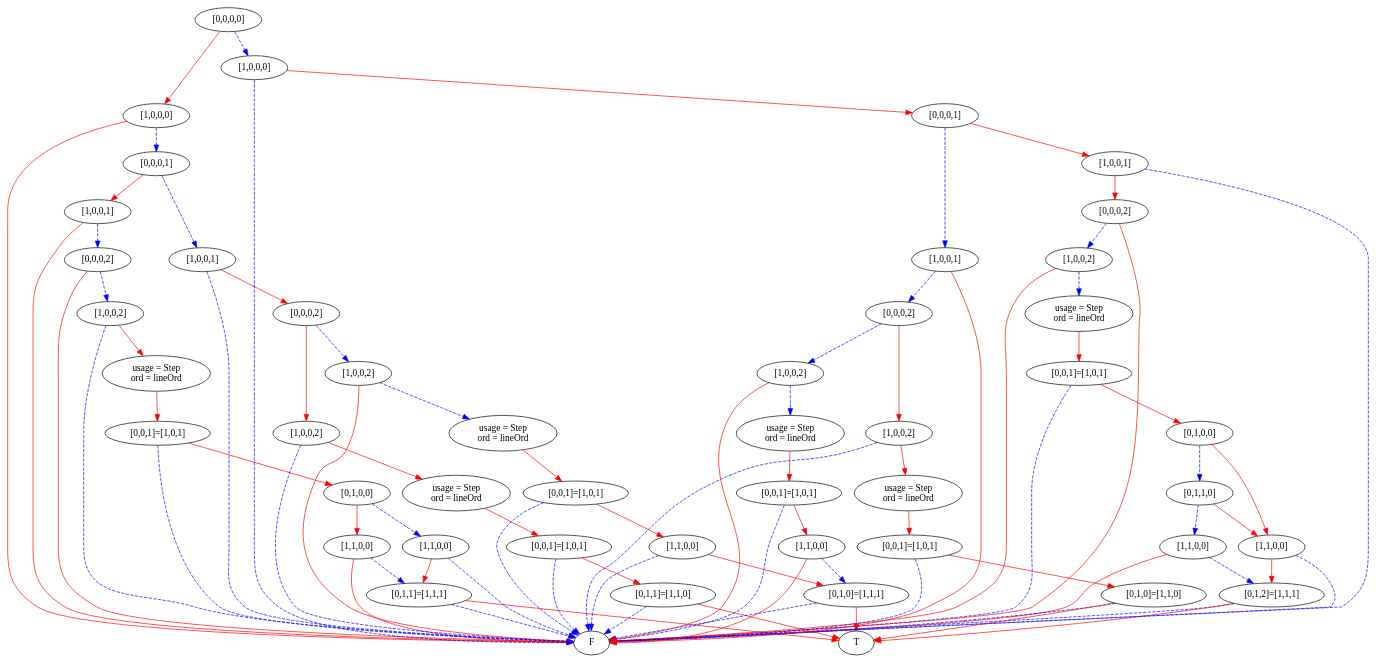
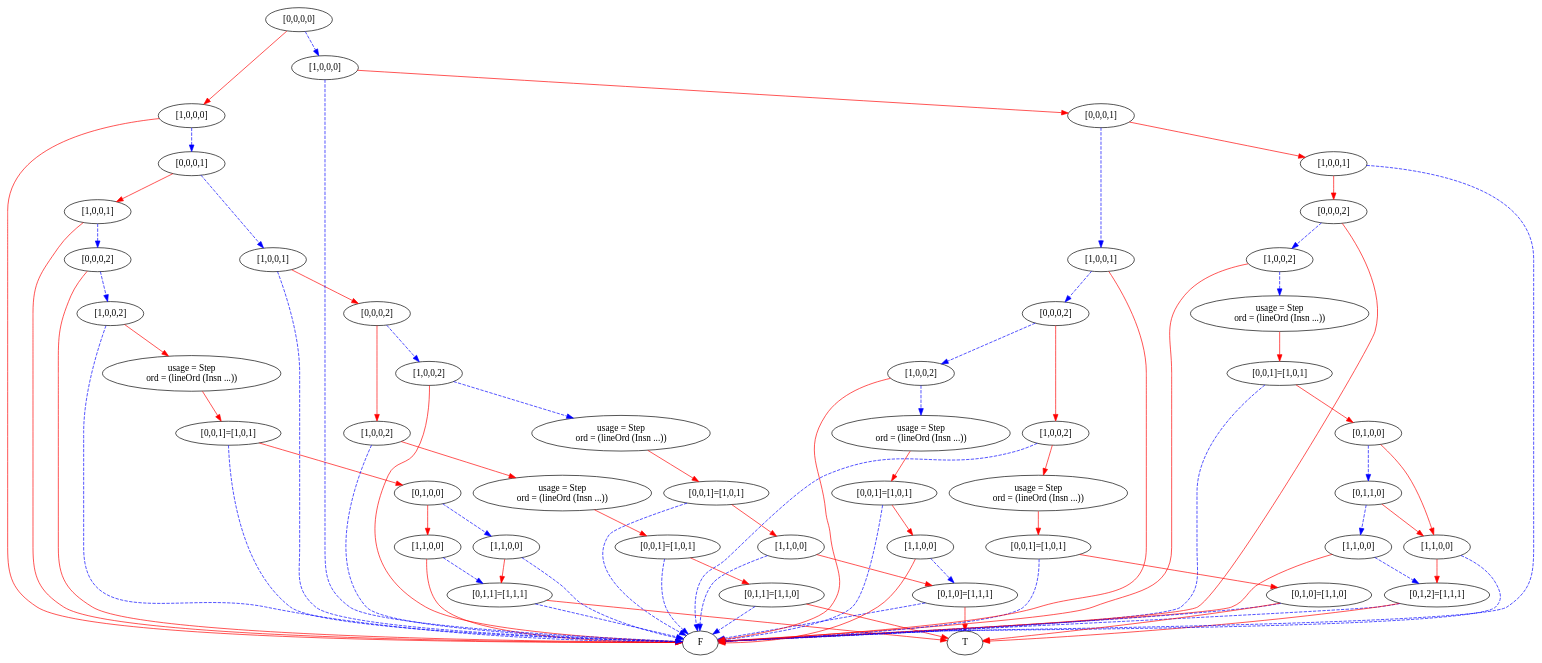
The diagram in simpleProgram1.dot (mburyakov/minxmod), drawn with Graphviz before and after one commit. The commit also changed 11 other files, not shown here.

```diff
--- a/simpleProgram1.dot
+++ b/simpleProgram1.dot
@@ -1,172 +1,172 @@
 digraph {
     1 [label=F];
     2 [label=T];
     3 [label="[0,1,1]=[1,1,1]"];
     4 [label="[1,1,0,0]"];
     5 [label="[1,1,0,0]"];
     6 [label="[0,1,0,0]"];
     7 [label="[0,0,1]=[1,0,1]"];
-    8 [label="usage = Step\nord = lineOrd"];
+    8 [label="usage = Step\nord = (lineOrd (Insn ...))"];
     9 [label="[1,0,0,2]"];
     10 [label="[0,0,0,2]"];
     11 [label="[1,0,0,1]"];
     12 [label="[0,1,1]=[1,1,0]"];
     13 [label="[0,0,1]=[1,0,1]"];
-    14 [label="usage = Step\nord = lineOrd"];
+    14 [label="usage = Step\nord = (lineOrd (Insn ...))"];
     15 [label="[1,0,0,2]"];
     16 [label="[0,1,0]=[1,1,1]"];
     17 [label="[1,1,0,0]"];
     18 [label="[0,0,1]=[1,0,1]"];
-    19 [label="usage = Step\nord = lineOrd"];
+    19 [label="usage = Step\nord = (lineOrd (Insn ...))"];
     20 [label="[1,0,0,2]"];
     21 [label="[0,0,0,2]"];
     22 [label="[1,0,0,1]"];
     23 [label="[0,0,0,1]"];
     24 [label="[1,0,0,0]"];
     25 [label="[0,1,2]=[1,1,1]"];
     26 [label="[1,1,0,0]"];
     27 [label="[1,1,0,0]"];
     28 [label="[0,1,1,0]"];
     29 [label="[0,1,0,0]"];
     30 [label="[0,0,1]=[1,0,1]"];
-    31 [label="usage = Step\nord = lineOrd"];
+    31 [label="usage = Step\nord = (lineOrd (Insn ...))"];
     32 [label="[1,0,0,2]"];
     33 [label="[0,0,0,2]"];
     34 [label="[1,0,0,1]"];
     35 [label="[0,1,0]=[1,1,0]"];
     36 [label="[0,0,1]=[1,0,1]"];
-    37 [label="usage = Step\nord = lineOrd"];
+    37 [label="usage = Step\nord = (lineOrd (Insn ...))"];
     38 [label="[1,0,0,2]"];
     39 [label="[1,1,0,0]"];
     40 [label="[0,0,1]=[1,0,1]"];
-    41 [label="usage = Step\nord = lineOrd"];
+    41 [label="usage = Step\nord = (lineOrd (Insn ...))"];
     42 [label="[1,0,0,2]"];
     43 [label="[0,0,0,2]"];
     44 [label="[1,0,0,1]"];
     45 [label="[0,0,0,1]"];
     46 [label="[1,0,0,0]"];
     47 [label="[0,0,0,0]"];
     3 -> 1 [style=dashed
            ,color=blue];
     3 -> 2 [color=red];
     4 -> 3 [style=dashed
            ,color=blue];
     4 -> 1 [color=red];
     5 -> 3 [color=red];
     5 -> 1 [style=dashed
            ,color=blue];
     6 -> 4 [color=red];
     6 -> 5 [style=dashed
            ,color=blue];
     7 -> 6 [color=red];
     7 -> 1 [style=dashed
            ,color=blue];
     8 -> 7 [color=red];
     9 -> 8 [color=red];
     9 -> 1 [style=dashed
            ,color=blue];
     10 -> 9 [style=dashed
             ,color=blue];
     10 -> 1 [color=red];
     11 -> 10 [style=dashed
              ,color=blue];
     11 -> 1 [color=red];
     12 -> 1 [style=dashed
             ,color=blue];
     12 -> 2 [color=red];
     13 -> 12 [color=red];
     13 -> 1 [style=dashed
             ,color=blue];
     14 -> 13 [color=red];
     15 -> 14 [color=red];
     15 -> 1 [style=dashed
             ,color=blue];
     16 -> 1 [style=dashed
             ,color=blue];
     16 -> 2 [color=red];
     17 -> 16 [color=red];
     17 -> 1 [style=dashed
             ,color=blue];
     18 -> 17 [color=red];
     18 -> 1 [style=dashed
             ,color=blue];
     19 -> 18 [color=red];
     20 -> 19 [style=dashed
              ,color=blue];
     20 -> 1 [color=red];
     21 -> 15 [color=red];
     21 -> 20 [style=dashed
              ,color=blue];
     22 -> 21 [color=red];
     22 -> 1 [style=dashed
             ,color=blue];
     23 -> 11 [color=red];
     23 -> 22 [style=dashed
              ,color=blue];
     24 -> 23 [style=dashed
              ,color=blue];
     24 -> 1 [color=red];
     25 -> 1 [style=dashed
             ,color=blue];
     25 -> 2 [color=red];
     26 -> 25 [color=red];
     26 -> 1 [style=dashed
             ,color=blue];
     27 -> 25 [style=dashed
              ,color=blue];
     27 -> 1 [color=red];
     28 -> 26 [color=red];
     28 -> 27 [style=dashed
              ,color=blue];
     29 -> 26 [color=red];
     29 -> 28 [style=dashed
              ,color=blue];
     30 -> 29 [color=red];
     30 -> 1 [style=dashed
             ,color=blue];
     31 -> 30 [color=red];
     32 -> 31 [style=dashed
              ,color=blue];
     32 -> 1 [color=red];
     33 -> 32 [style=dashed
              ,color=blue];
     33 -> 1 [color=red];
     34 -> 33 [color=red];
     34 -> 1 [style=dashed
             ,color=blue];
     35 -> 1 [style=dashed
             ,color=blue];
     35 -> 2 [color=red];
     36 -> 35 [color=red];
     36 -> 1 [style=dashed
             ,color=blue];
     37 -> 36 [color=red];
     38 -> 37 [color=red];
     38 -> 1 [style=dashed
             ,color=blue];
     39 -> 16 [style=dashed
              ,color=blue];
     39 -> 1 [color=red];
     40 -> 39 [color=red];
     40 -> 1 [style=dashed
             ,color=blue];
     41 -> 40 [color=red];
     42 -> 41 [style=dashed
              ,color=blue];
     42 -> 1 [color=red];
     43 -> 38 [color=red];
     43 -> 42 [style=dashed
              ,color=blue];
     44 -> 43 [style=dashed
              ,color=blue];
     44 -> 1 [color=red];
     45 -> 34 [color=red];
     45 -> 44 [style=dashed
              ,color=blue];
     46 -> 45 [color=red];
     46 -> 1 [style=dashed
             ,color=blue];
     47 -> 24 [color=red];
     47 -> 46 [style=dashed
              ,color=blue];
 }
```
